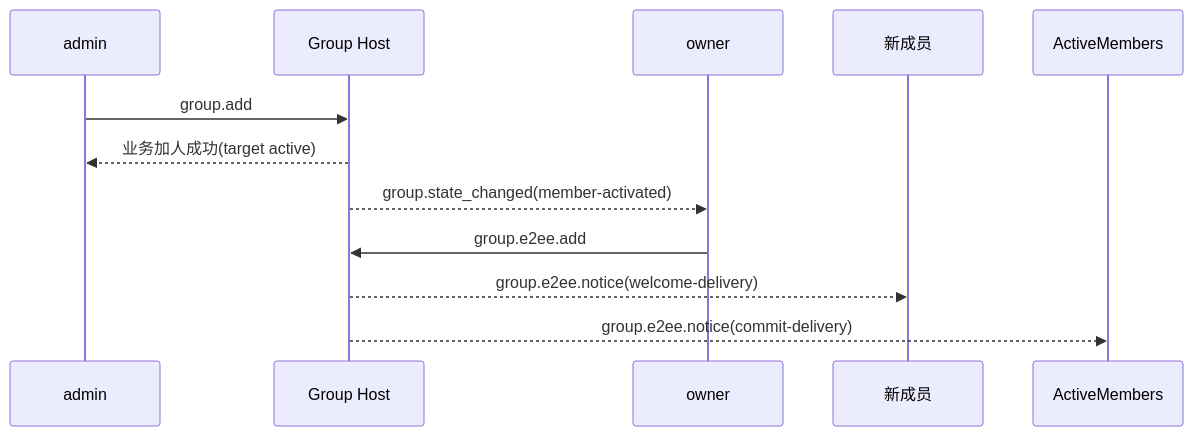
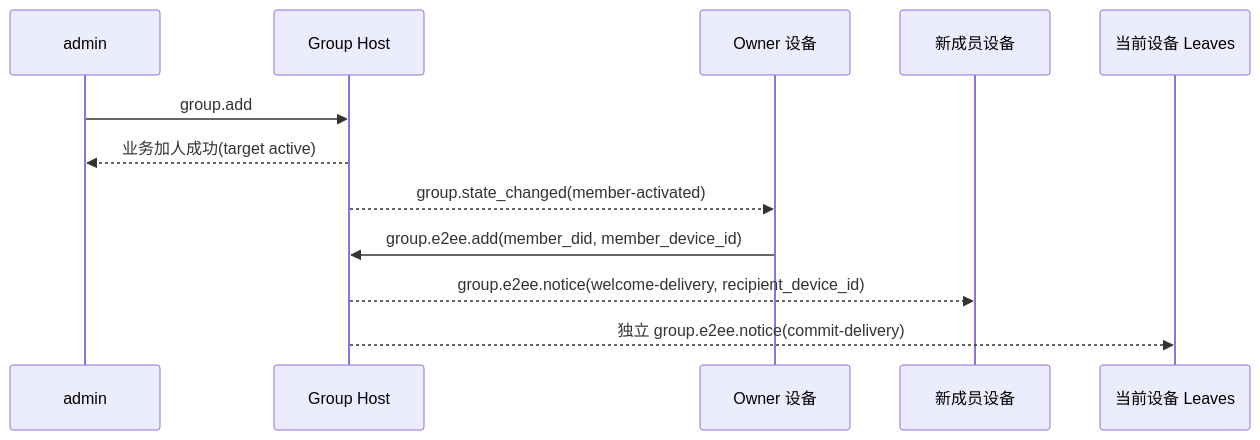
One commit to NeatNerdPrime/AgentNetworkProtocol changed the sixth of 9 diagrams in chinese/message/vnext/06-群组端到端加密.md. Above: the diagram before and after it, drawn with Mermaid. The commit also changed other lines of this file and 31 other files, not shown here.

````diff
--- a/chinese/message/vnext/06-群组端到端加密.md
+++ b/chinese/message/vnext/06-群组端到端加密.md
@@ -1537,14 +1627,15 @@
 ```mermaid
 sequenceDiagram
     participant A as admin
     participant H as Group Host
-    participant O as owner
-    participant B as 新成员
+    participant O as Owner 设备
+    participant B as 新成员设备
+    participant R as 当前设备 Leaves
 
     A->>H: group.add
     H-->>A: 业务加人成功(target active)
     H-->>O: group.state_changed(member-activated)
-    O->>H: group.e2ee.add
-    H-->>B: group.e2ee.notice(welcome-delivery)
-    H-->>ActiveMembers: group.e2ee.notice(commit-delivery)
+    O->>H: group.e2ee.add(member_did, member_device_id)
+    H-->>B: group.e2ee.notice(welcome-delivery, recipient_device_id)
+    H-->>R: 独立 group.e2ee.notice(commit-delivery)
 ```
````
